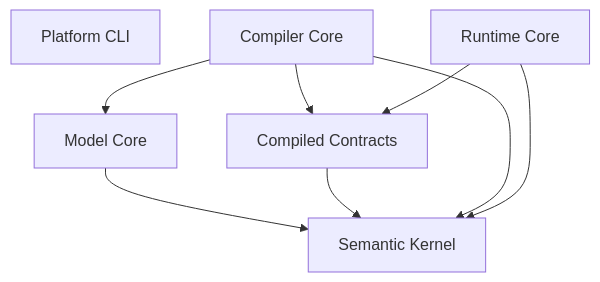
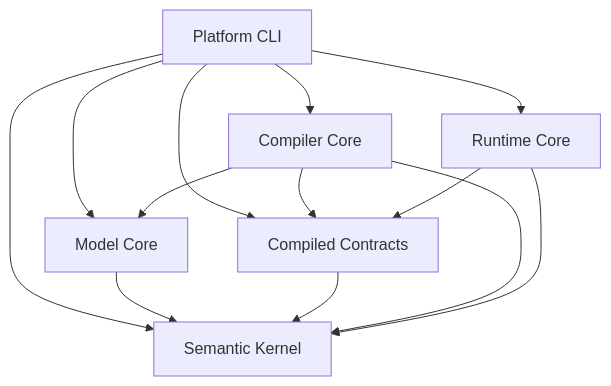
Before and after one commit to abokyan-ai/echosystem_enterprice_platform: the diagram in docs/architecture/README.md, drawn with Mermaid. The commit also changed other lines of this file and 25 other files, not shown here.

Commit message:
feat(architecture): enforce ARC-02 dependency governance and selected adapter profiles

````diff
--- a/docs/architecture/README.md
+++ b/docs/architecture/README.md
@@ -9,11 +9,15 @@
 ```mermaid
 flowchart TD
-  CLI["Platform CLI"]
+  CLI["Platform CLI"] --> Compiler
+  CLI --> Model
+  CLI --> Contracts
+  CLI --> Runtime
+  CLI --> Kernel
   Compiler["Compiler Core"] --> Model["Model Core"]
   Compiler --> Contracts["Compiled Contracts"]
   Runtime["Runtime Core"] --> Contracts
   Model --> Kernel["Semantic Kernel"]
   Contracts --> Kernel
   Compiler --> Kernel
   Runtime --> Kernel
 ```
````
